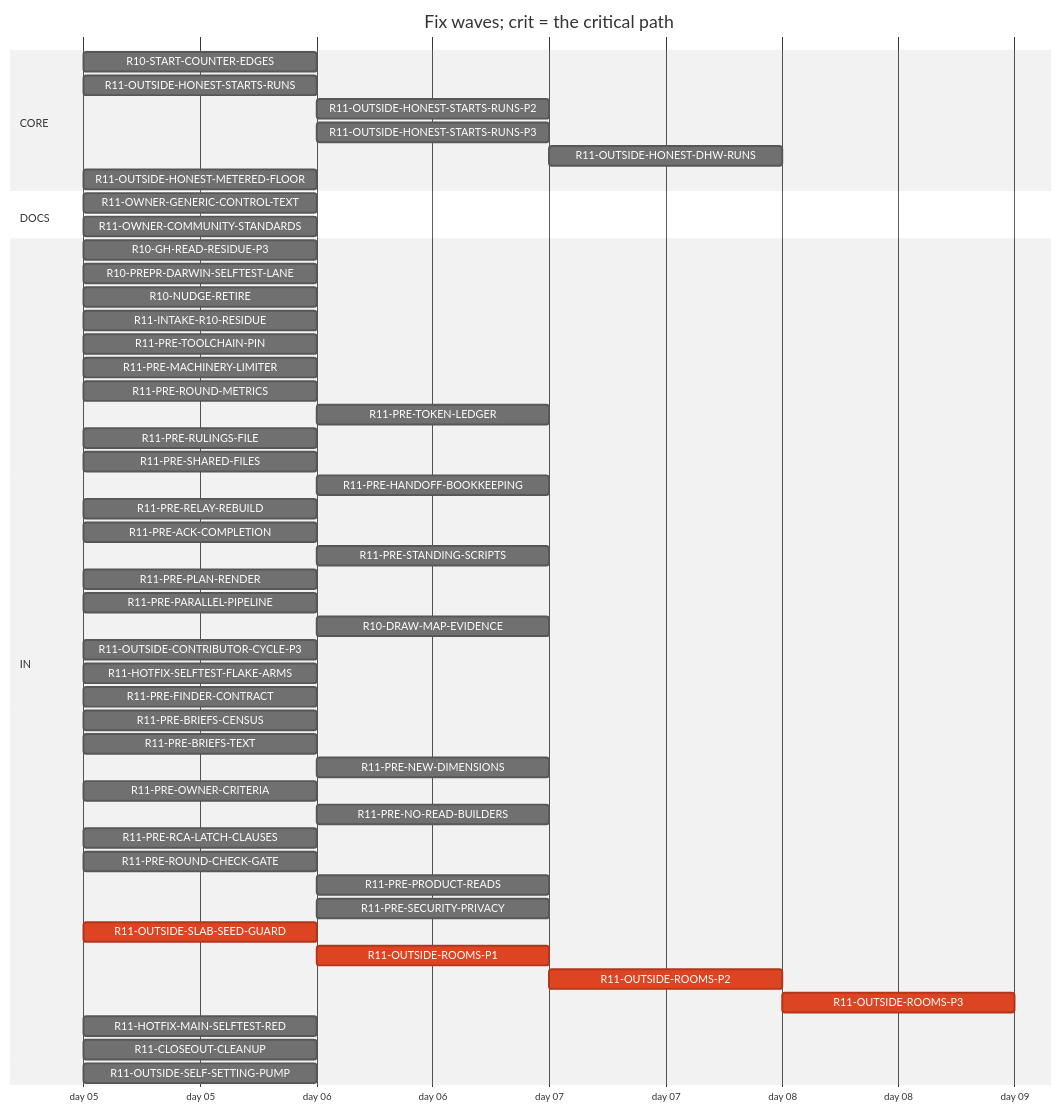
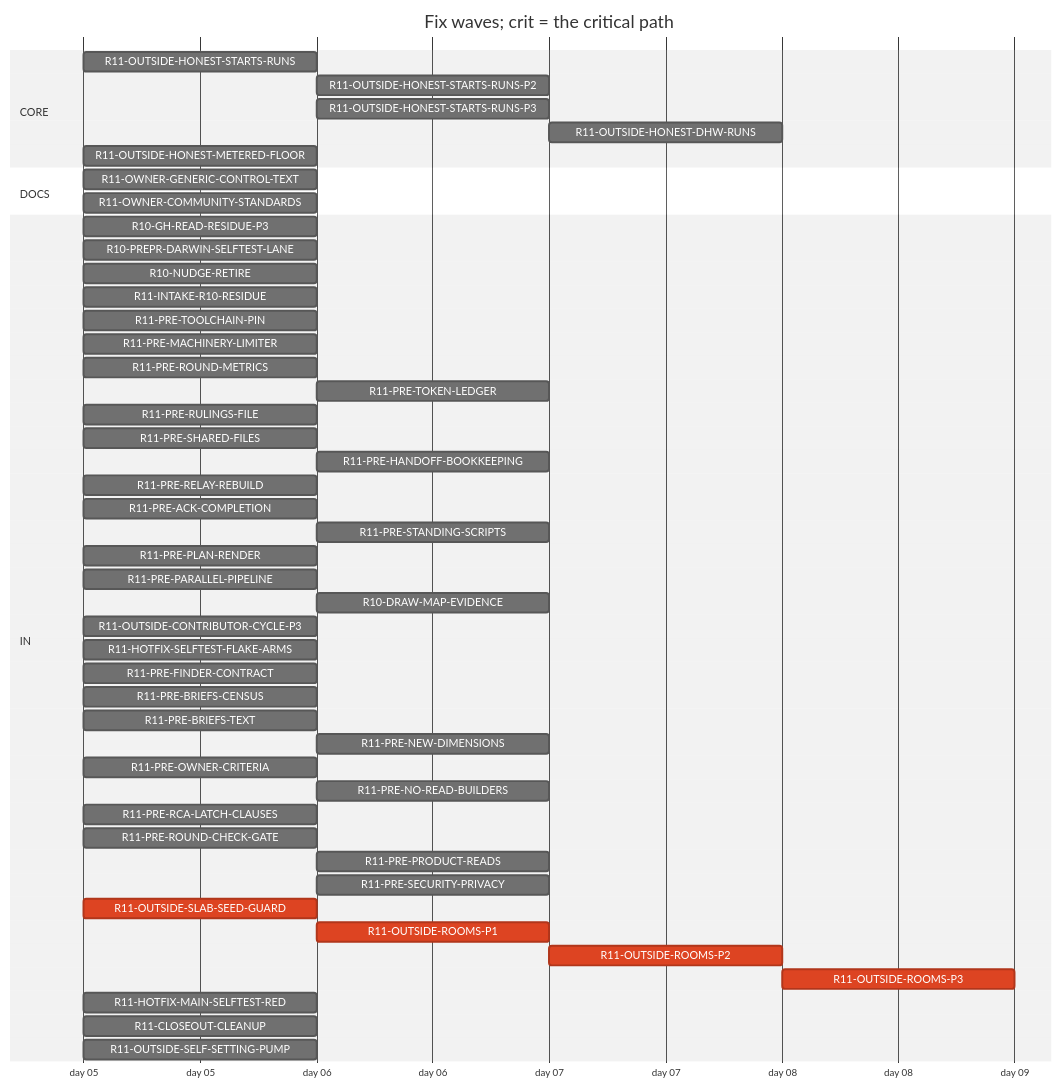
The diagram in handoff/round11/state/PLAN-TABLE.md (tvofi/heatpump_optimizer), drawn with Mermaid (neutral theme) before and after one commit. The commit also changed other lines of this file and 4 other files, not shown here.

Commit message:
state: FLOW-BOARD.md, NEXT-SESSION-PROMPT.md, PLAN-TABLE.md, PLAN.html, RESUME-CURRENT.md regenerated (state_docs.py)

````diff
--- a/handoff/round11/state/PLAN-TABLE.md
+++ b/handoff/round11/state/PLAN-TABLE.md
@@ -16,53 +16,52 @@
 ```mermaid
 gantt
   title Fix waves; crit = the critical path
   dateFormat YYYY-MM-DD
   axisFormat day %d
   section CORE
-    R10-START-COUNTER-EDGES :r10STARTCOUNTEREDGES, 2026-01-05, 1d
     R11-OUTSIDE-HONEST-STARTS-RUNS :r11OUTSIDEHONESTSTARTSRUNS, 2026-01-05, 1d
     R11-OUTSIDE-HONEST-STARTS-RUNS-P2 :r11OUTSIDEHONESTSTARTSRUNSP2, after r11OUTSIDEHONESTSTARTSRUNS, 1d
     R11-OUTSIDE-HONEST-STARTS-RUNS-P3 :r11OUTSIDEHONESTSTARTSRUNSP3, after r11OUTSIDEHONESTSTARTSRUNS, 1d
     R11-OUTSIDE-HONEST-DHW-RUNS :r11OUTSIDEHONESTDHWRUNS, after r11OUTSIDEHONESTSTARTSRUNS r11OUTSIDEHONESTSTARTSRUNSP2, 1d
     R11-OUTSIDE-HONEST-METERED-FLOOR :r11OUTSIDEHONESTMETEREDFLOOR, 2026-01-05, 1d
   section DOCS
     R11-OWNER-GENERIC-CONTROL-TEXT :r11OWNERGENERICCONTROLTEXT, 2026-01-05, 1d
     R11-OWNER-COMMUNITY-STANDARDS :r11OWNERCOMMUNITYSTANDARDS, 2026-01-05, 1d
   section IN
     R10-GH-READ-RESIDUE-P3 :r10GHREADRESIDUEP3, 2026-01-05, 1d
     R10-PREPR-DARWIN-SELFTEST-LANE :r10PREPRDARWINSELFTESTLANE, 2026-01-05, 1d
     R10-NUDGE-RETIRE :r10NUDGERETIRE, 2026-01-05, 1d
     R11-INTAKE-R10-RESIDUE :r11INTAKER10RESIDUE, 2026-01-05, 1d
     R11-PRE-TOOLCHAIN-PIN :r11PRETOOLCHAINPIN, 2026-01-05, 1d
     R11-PRE-MACHINERY-LIMITER :r11PREMACHINERYLIMITER, 2026-01-05, 1d
     R11-PRE-ROUND-METRICS :r11PREROUNDMETRICS, 2026-01-05, 1d
     R11-PRE-TOKEN-LEDGER :r11PRETOKENLEDGER, after r10GHREADRESIDUEP3, 1d
     R11-PRE-RULINGS-FILE :r11PRERULINGSFILE, 2026-01-05, 1d
     R11-PRE-SHARED-FILES :r11PRESHAREDFILES, 2026-01-05, 1d
     R11-PRE-HANDOFF-BOOKKEEPING :r11PREHANDOFFBOOKKEEPING, after r11PRERELAYREBUILD, 1d
     R11-PRE-RELAY-REBUILD :r11PRERELAYREBUILD, 2026-01-05, 1d
     R11-PRE-ACK-COMPLETION :r11PREACKCOMPLETION, 2026-01-05, 1d
     R11-PRE-STANDING-SCRIPTS :r11PRESTANDINGSCRIPTS, after r11PREPARALLELPIPELINE, 1d
     R11-PRE-PLAN-RENDER :r11PREPLANRENDER, 2026-01-05, 1d
     R11-PRE-PARALLEL-PIPELINE :r11PREPARALLELPIPELINE, 2026-01-05, 1d
     R10-DRAW-MAP-EVIDENCE :r10DRAWMAPEVIDENCE, after r11OUTSIDESELFSETTINGPUMP, 1d
     R11-OUTSIDE-CONTRIBUTOR-CYCLE-P3 :r11OUTSIDECONTRIBUTORCYCLEP3, 2026-01-05, 1d
     R11-HOTFIX-SELFTEST-FLAKE-ARMS :r11HOTFIXSELFTESTFLAKEARMS, 2026-01-05, 1d
     R11-PRE-FINDER-CONTRACT :r11PREFINDERCONTRACT, 2026-01-05, 1d
     R11-PRE-BRIEFS-CENSUS :r11PREBRIEFSCENSUS, 2026-01-05, 1d
     R11-PRE-BRIEFS-TEXT :r11PREBRIEFSTEXT, 2026-01-05, 1d
     R11-PRE-NEW-DIMENSIONS :r11PRENEWDIMENSIONS, after r11PREFINDERCONTRACT r11PREBRIEFSCENSUS, 1d
     R11-PRE-OWNER-CRITERIA :r11PREOWNERCRITERIA, 2026-01-05, 1d
     R11-PRE-NO-READ-BUILDERS :r11PRENOREADBUILDERS, after r11PREMACHINERYLIMITER, 1d
     R11-PRE-RCA-LATCH-CLAUSES :r11PRERCALATCHCLAUSES, 2026-01-05, 1d
     R11-PRE-ROUND-CHECK-GATE :r11PREROUNDCHECKGATE, 2026-01-05, 1d
     R11-PRE-PRODUCT-READS :r11PREPRODUCTREADS, after r11PREBRIEFSCENSUS, 1d
     R11-PRE-SECURITY-PRIVACY :r11PRESECURITYPRIVACY, after r11PREFINDERCONTRACT r11PREBRIEFSCENSUS, 1d
     R11-OUTSIDE-SLAB-SEED-GUARD :crit, r11OUTSIDESLABSEEDGUARD, 2026-01-05, 1d
     R11-OUTSIDE-ROOMS-P1 :crit, r11OUTSIDEROOMSP1, after r11OUTSIDESLABSEEDGUARD, 1d
     R11-OUTSIDE-ROOMS-P2 :crit, r11OUTSIDEROOMSP2, after r11OUTSIDEROOMSP1, 1d
     R11-OUTSIDE-ROOMS-P3 :crit, r11OUTSIDEROOMSP3, after r11OUTSIDEROOMSP2, 1d
     R11-HOTFIX-MAIN-SELFTEST-RED :r11HOTFIXMAINSELFTESTRED, 2026-01-05, 1d
     R11-CLOSEOUT-CLEANUP :r11CLOSEOUTCLEANUP, 2026-01-05, 1d
     R11-OUTSIDE-SELF-SETTING-PUMP :r11OUTSIDESELFSETTINGPUMP, 2026-01-05, 1d
 ```
````
